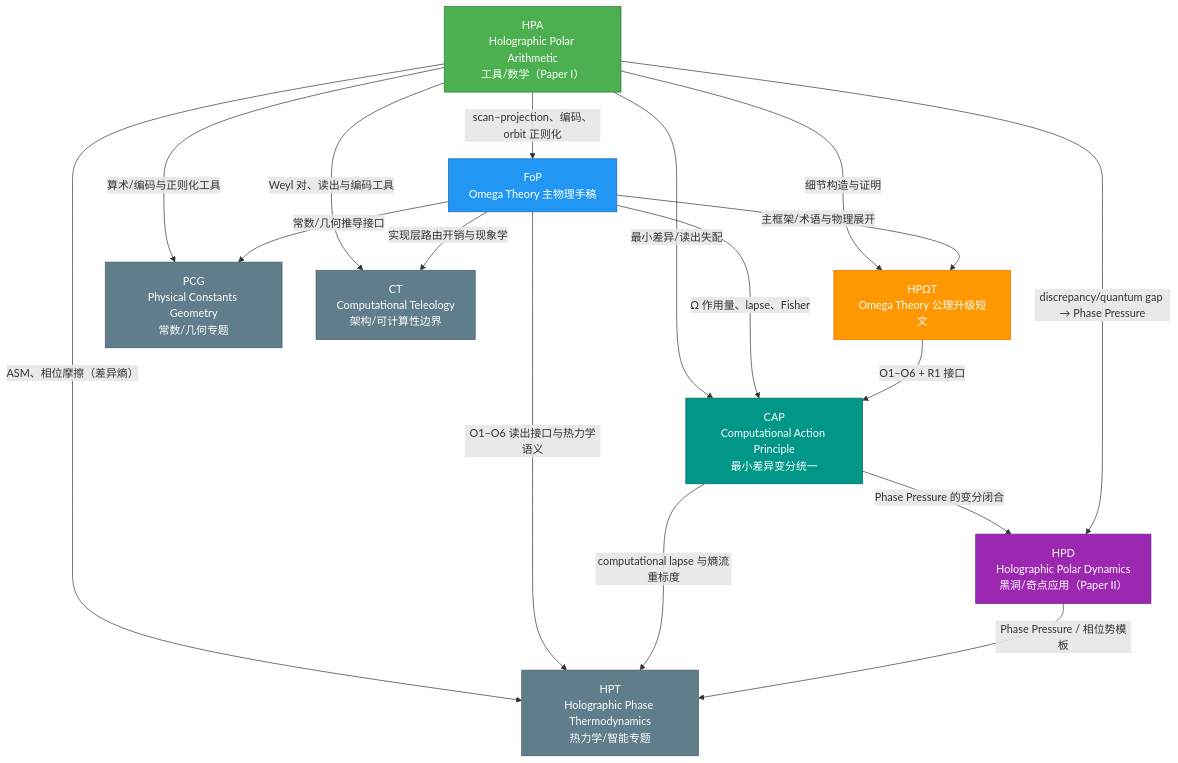
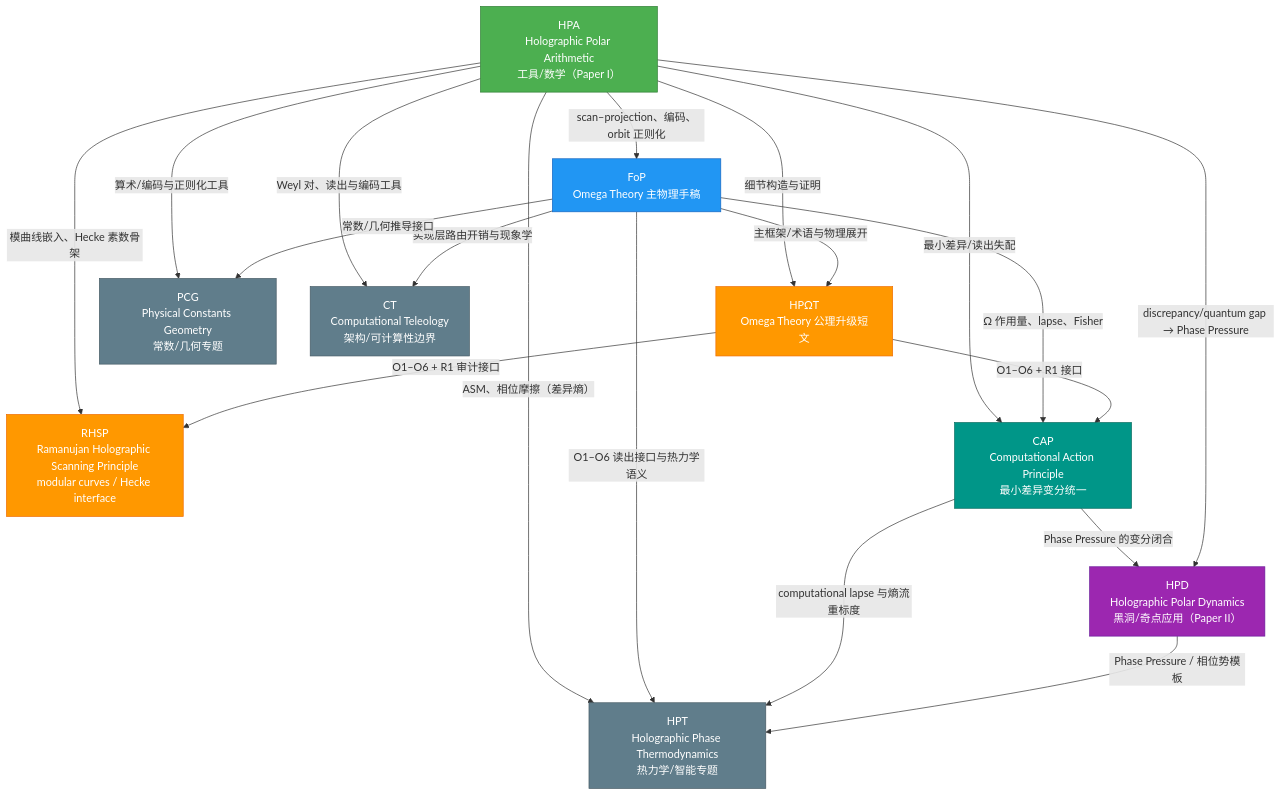
The diagram in docs/papers/index.md (loning/the-omega), drawn with Mermaid before and after one commit. The commit also changed other lines of this file and 39 other files, not shown here.

````diff
--- a/docs/papers/index.md
+++ b/docs/papers/index.md
@@ -22,44 +23,48 @@
 ```mermaid
 flowchart TB
   HPA["HPA<br/>Holographic Polar Arithmetic<br/>工具/数学（Paper I）"]
   FoP["FoP<br/>Omega Theory 主物理手稿"]
   HPOT["HPΩT<br/>Omega Theory 公理升级短文"]
+  RHSP["RHSP<br/>Ramanujan Holographic Scanning Principle<br/>modular curves / Hecke interface"]
   CAP["CAP<br/>Computational Action Principle<br/>最小差异变分统一"]
   HPT["HPT<br/>Holographic Phase Thermodynamics<br/>热力学/智能专题"]
   HPD["HPD<br/>Holographic Polar Dynamics<br/>黑洞/奇点应用（Paper II）"]
   PCG["PCG<br/>Physical Constants Geometry<br/>常数/几何专题"]
   CT["CT<br/>Computational Teleology<br/>架构/可计算性边界"]
 
   HPA -->|"scan–projection、编码、orbit 正则化"| FoP
   HPA -->|"细节构造与证明"| HPOT
   FoP -->|"主框架/术语与物理展开"| HPOT
+  HPA -->|"模曲线嵌入、Hecke 素数骨架"| RHSP
+  HPOT -->|"O1–O6 + R1 审计接口"| RHSP
   HPA -->|"最小差异/读出失配"| CAP
   FoP -->|"Ω 作用量、lapse、Fisher"| CAP
   HPOT -->|"O1–O6 + R1 接口"| CAP
   HPA -->|"ASM、相位摩擦（差异熵）"| HPT
   FoP -->|"O1–O6 读出接口与热力学语义"| HPT
   CAP -->|"computational lapse 与熵流重标度"| HPT
   HPD -->|"Phase Pressure / 相位势模板"| HPT
   CAP -->|"Phase Pressure 的变分闭合"| HPD
   HPA -->|"discrepancy/quantum gap → Phase Pressure"| HPD
   HPA -->|"Weyl 对、读出与编码工具"| CT
   FoP -->|"实现层路由开销与现象学"| CT
   HPA -->|"算术/编码与正则化工具"| PCG
   FoP -->|"常数/几何推导接口"| PCG
 
   classDef tool fill:#4CAF50,stroke:#2E7D32,color:#FFFFFF;
   classDef core fill:#2196F3,stroke:#1565C0,color:#FFFFFF;
   classDef note fill:#FF9800,stroke:#EF6C00,color:#FFFFFF;
   classDef app fill:#9C27B0,stroke:#6A1B9A,color:#FFFFFF;
   classDef unify fill:#009688,stroke:#00695C,color:#FFFFFF;
   classDef topic fill:#607D8B,stroke:#455A64,color:#FFFFFF;
 
   class HPA tool;
   class FoP core;
   class HPOT note;
+  class RHSP note;
   class HPT topic;
   class HPD app;
   class CAP unify;
   class PCG topic;
   class CT topic;
 ```
````
